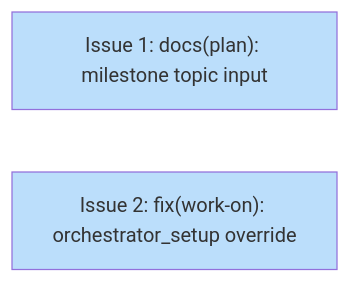
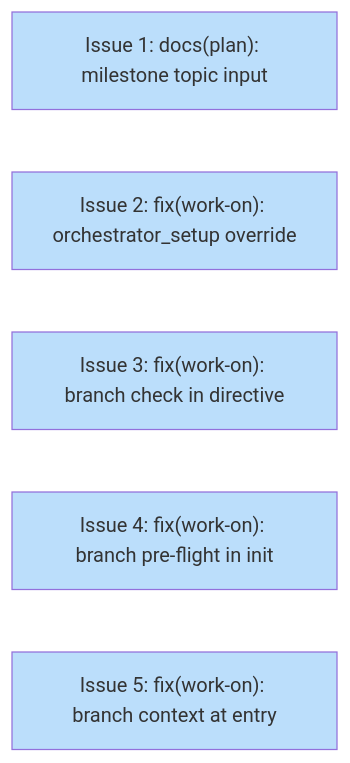
One commit to tsukumogami/shirabe changed the diagram in docs/plans/PLAN-work-on-friction-fixes.md. Above: the diagram before and after it, drawn with Mermaid. The commit also changed other lines of this file, not shown here.

Commit message:
docs(plan): add issues 3-5 for branch context workflow improvements

````diff
--- a/docs/plans/PLAN-work-on-friction-fixes.md
+++ b/docs/plans/PLAN-work-on-friction-fixes.md
@@ -60,11 +108,14 @@
 ```mermaid
 graph LR
     I1["Issue 1: docs(plan): milestone topic input"]
     I2["Issue 2: fix(work-on): orchestrator_setup override"]
+    I3["Issue 3: fix(work-on): branch check in directive"]
+    I4["Issue 4: fix(work-on): branch pre-flight in init"]
+    I5["Issue 5: fix(work-on): branch context at entry"]
 
     classDef done fill:#c8e6c9
     classDef ready fill:#bbdefb
     classDef blocked fill:#fff9c4
 
-    class I1,I2 ready
+    class I1,I2,I3,I4,I5 ready
 ```
````
